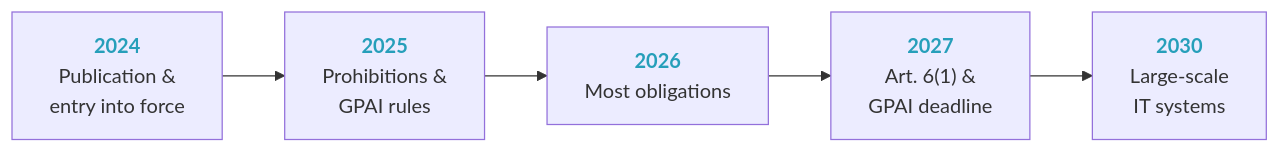
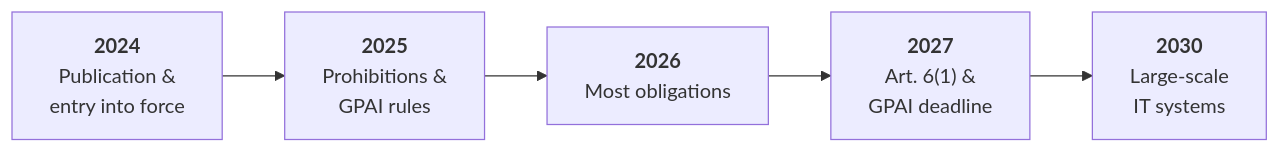
Before and after one commit to BitrootNL/BitRoot-AI-Visuals: the diagram in mermaid/eu_ai_act_timeline.md, drawn with Mermaid. The commit also changed 6 other files, not shown here.

````diff
--- a/mermaid/eu_ai_act_timeline.md
+++ b/mermaid/eu_ai_act_timeline.md
@@ -9,7 +9,7 @@
 ```mermaid
 flowchart LR
-    A["<b style='color:#269FBA'>2024</b><br>Publication &<br>entry into force"] --> B["<b style='color:#269FBA'>2025</b><br>Prohibitions &<br>GPAI rules"]
-    B --> C["<b style='color:#269FBA'>2026</b><br>Most obligations"]
-    C --> D["<b style='color:#269FBA'>2027</b><br>Art. 6(1) &<br>GPAI deadline"]
-    D --> E["<b style='color:#269FBA'>2030</b><br>Large-scale<br>IT systems"]
+    A["<b class='hl'>2024</b><br>Publication &<br>entry into force"] --> B["<b class='hl'>2025</b><br>Prohibitions &<br>GPAI rules"]
+    B --> C["<b class='hl'>2026</b><br>Most obligations"]
+    C --> D["<b class='hl'>2027</b><br>Art. 6(1) &<br>GPAI deadline"]
+    D --> E["<b class='hl'>2030</b><br>Large-scale<br>IT systems"]
 ```
````
